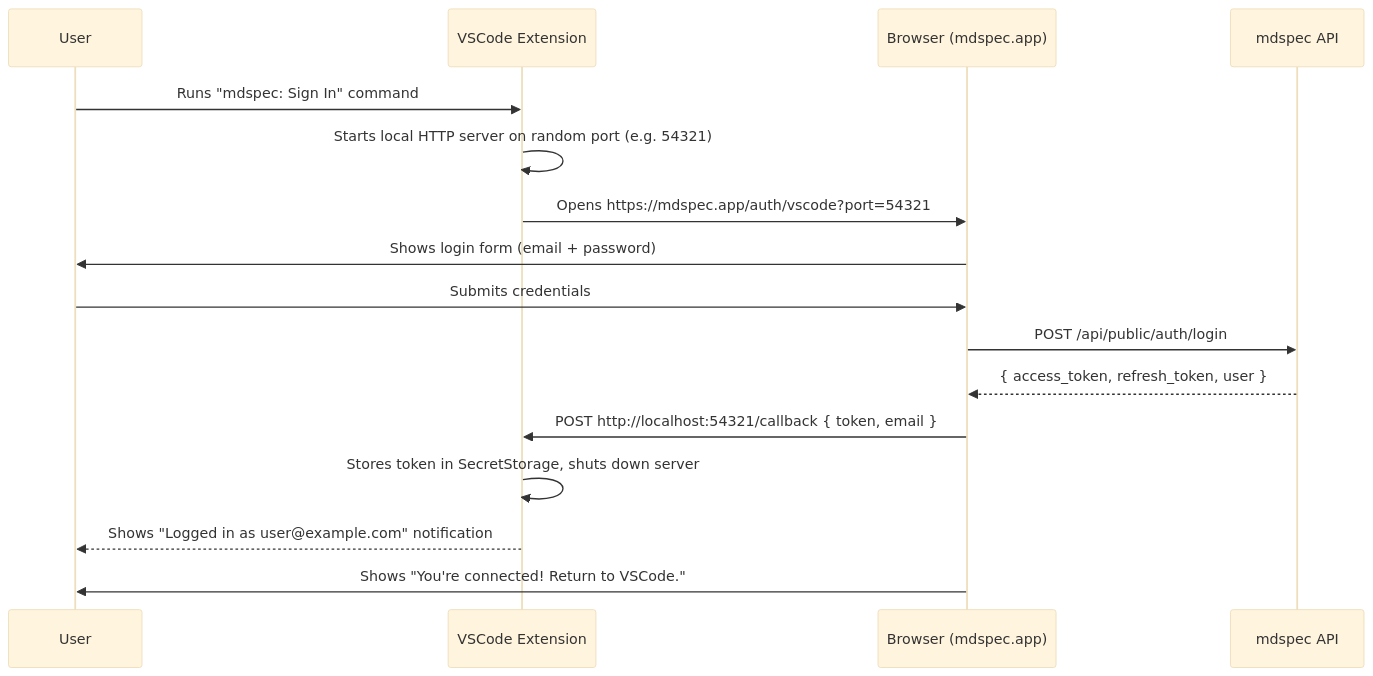
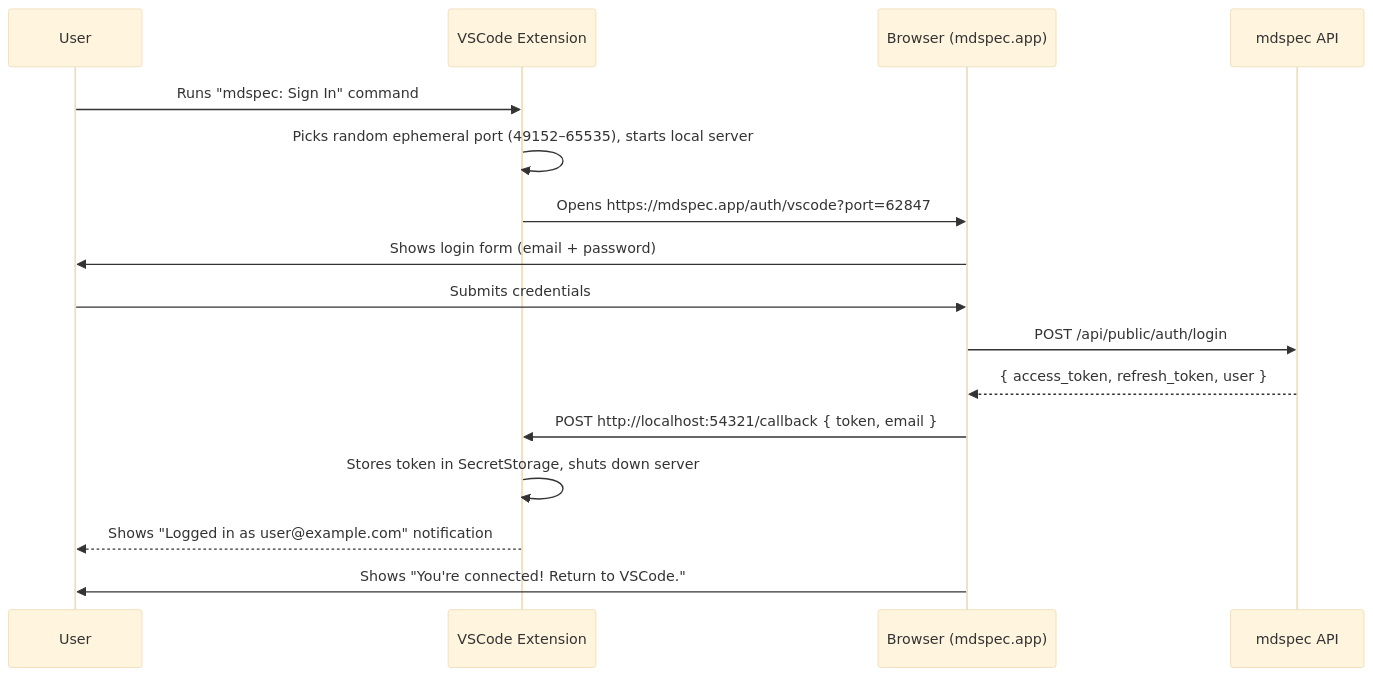
One commit to mohzameer/mdspecdev changed the diagram in docs/vscode-extension-login.md. Above: the diagram before and after it, drawn with Mermaid (base theme). The commit also changed other lines of this file and 3 other files, not shown here.

````diff
--- a/docs/vscode-extension-login.md
+++ b/docs/vscode-extension-login.md
@@ -13,19 +13,19 @@
 ```mermaid
 sequenceDiagram
     participant User
     participant VSCode Extension
     participant Browser (mdspec.app)
     participant mdspec API
 
     User->>VSCode Extension: Runs "mdspec: Sign In" command
-    VSCode Extension->>VSCode Extension: Starts local HTTP server on random port (e.g. 54321)
-    VSCode Extension->>Browser (mdspec.app): Opens https://mdspec.app/auth/vscode?port=54321
+    VSCode Extension->>VSCode Extension: Picks random ephemeral port (49152–65535), starts local server
+    VSCode Extension->>Browser (mdspec.app): Opens https://mdspec.app/auth/vscode?port=62847
     Browser (mdspec.app)->>User: Shows login form (email + password)
     User->>Browser (mdspec.app): Submits credentials
     Browser (mdspec.app)->>mdspec API: POST /api/public/auth/login
     mdspec API-->>Browser (mdspec.app): { access_token, refresh_token, user }
     Browser (mdspec.app)->>VSCode Extension: POST http://localhost:54321/callback  { token, email }
     VSCode Extension->>VSCode Extension: Stores token in SecretStorage, shuts down server
     VSCode Extension-->>User: Shows "Logged in as user@example.com" notification
     Browser (mdspec.app)->>User: Shows "You're connected! Return to VSCode."
 ```
````
